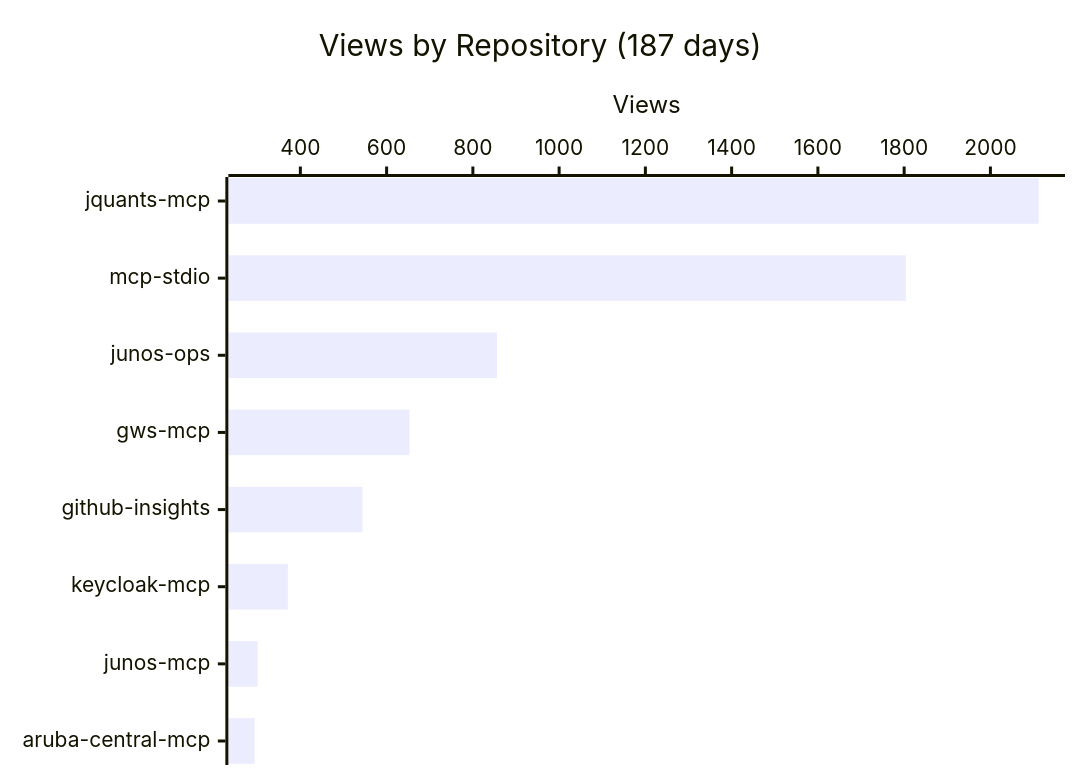
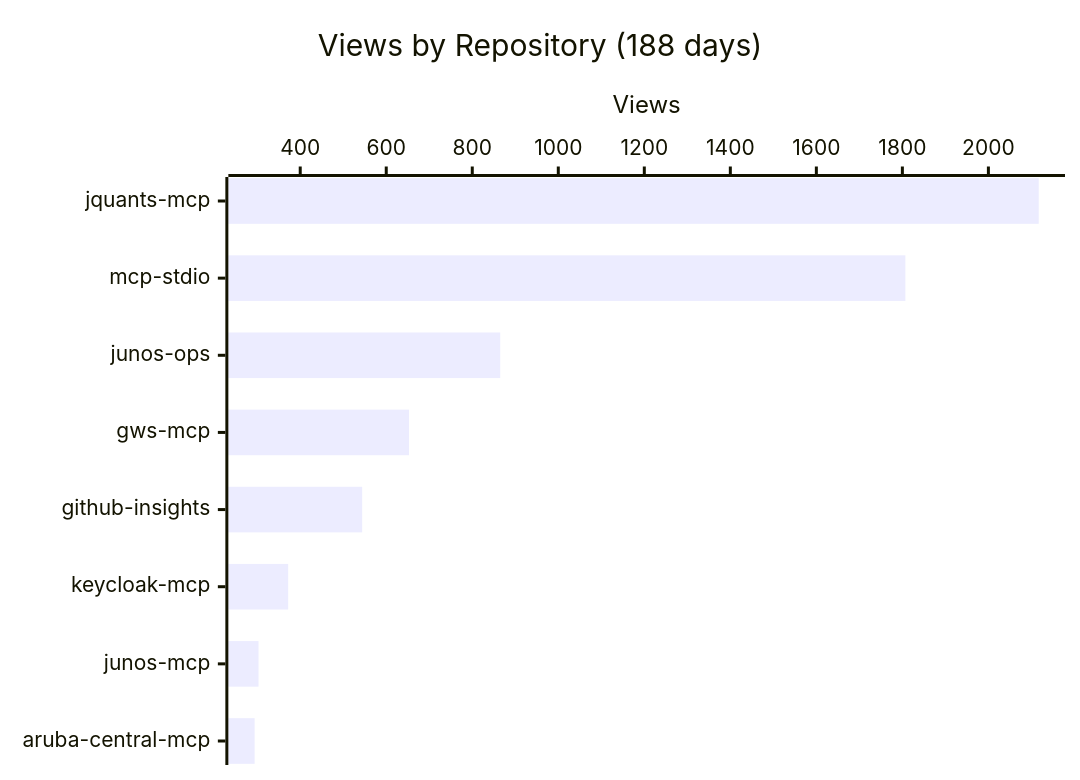
One commit to shigechika/github-insights changed the first of 4 diagrams in README.md. Above: the diagram before and after it, drawn with Mermaid. The commit also changed other lines of this file and 2 other files, not shown here.

````diff
--- a/README.md
+++ b/README.md
@@ -18,7 +18,7 @@
 ```mermaid
 xychart-beta horizontal
-    title "Views by Repository (187 days)"
+    title "Views by Repository (188 days)"
     x-axis ["jquants-mcp", "mcp-stdio", "junos-ops", "gws-mcp", "github-insights", "keycloak-mcp", "junos-mcp", "aruba-central-mcp"]
     y-axis "Views"
-    bar [2112, 1804, 856, 653, 544, 371, 301, 294]
+    bar [2117, 1807, 865, 653, 544, 372, 303, 294]
 ```
````
